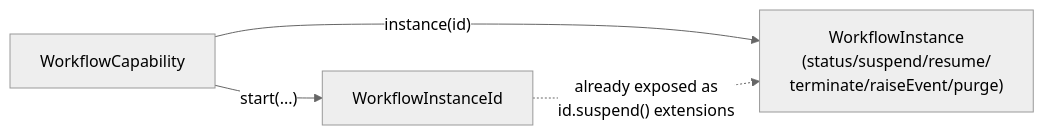
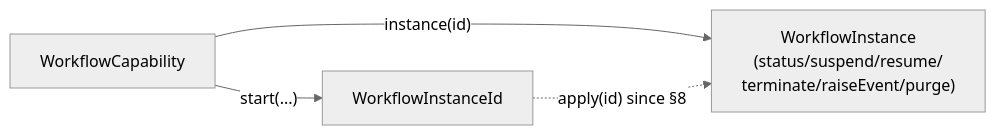
One commit to sideeffffect/dapr4s changed diagram 11 of 43 in docs/CAPABILITY-SPLITS.md. Above: the diagram before and after it, drawn with Mermaid (neutral theme). The commit also changed other lines of this file and 297 other files, not shown here.

````diff
--- a/docs/CAPABILITY-SPLITS.md
+++ b/docs/CAPABILITY-SPLITS.md
@@ -280,6 +280,6 @@
 ```mermaid
 flowchart LR
     W["WorkflowCapability"] -->|"start(...)"| ID["WorkflowInstanceId"]
     W -->|"instance(id)"| INST["WorkflowInstance<br/>(status/suspend/resume/<br/>terminate/raiseEvent/purge)"]
-    ID -.->|"already exposed as<br/>id.suspend() extensions"| INST
+    ID -.->|"apply(id) since §8"| INST
 ```
````
